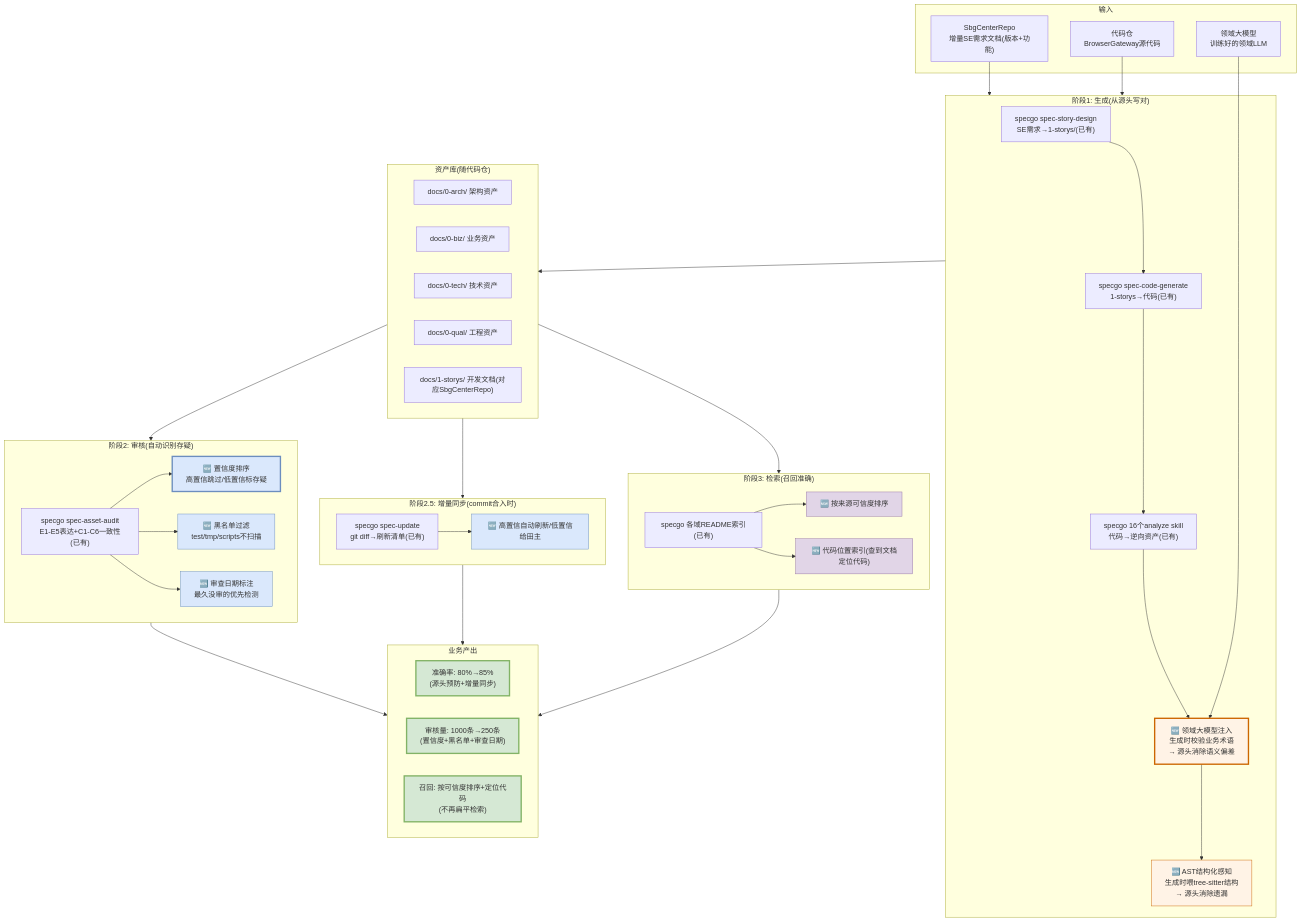
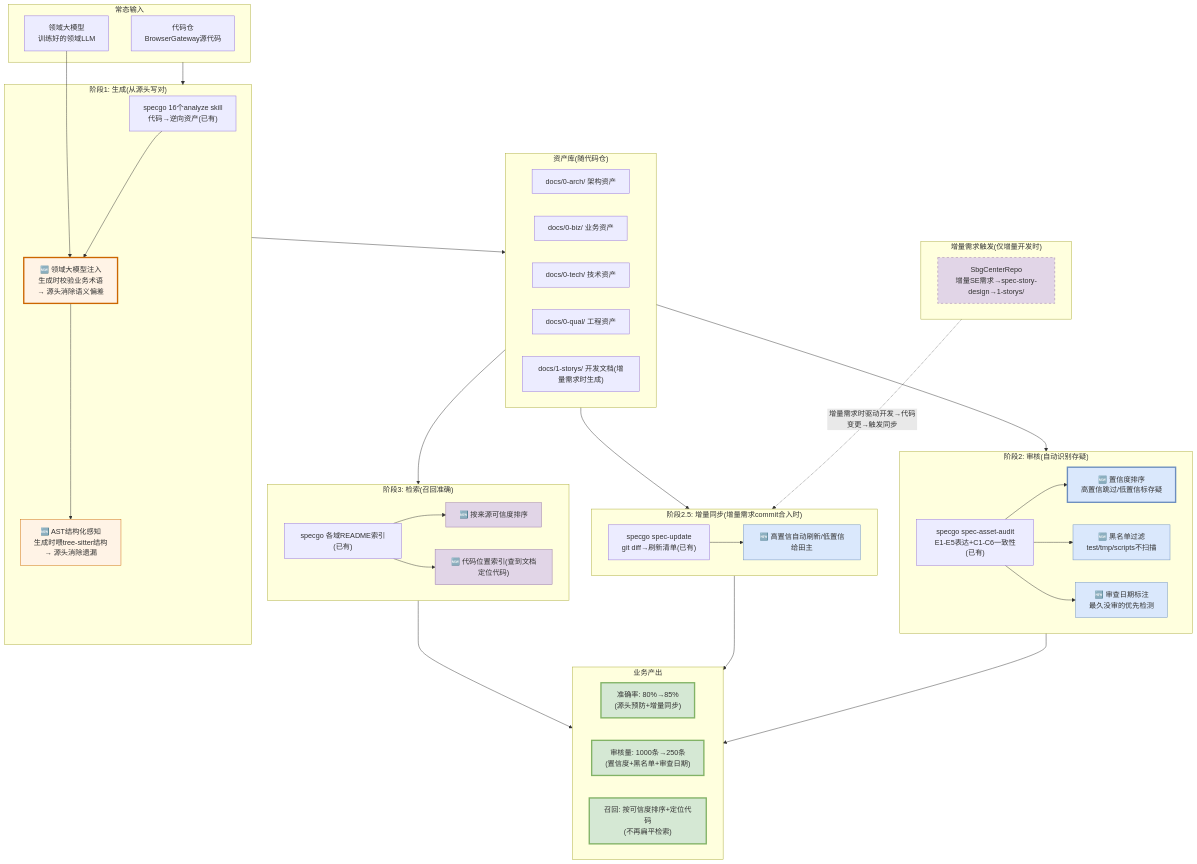
Before and after one commit to hututuxinyu/Memory: the diagram in POC/云核资产治理完整解决方案.md, drawn with Mermaid.

Commit message:
fix: move SbgCenterRepo from constant input to incremental-trigger-only (dashed line), inputs are just code repo + domain LLM

````diff
--- a/POC/云核资产治理完整解决方案.md
+++ b/POC/云核资产治理完整解决方案.md
@@ -11,79 +11,80 @@
 ```mermaid
 flowchart TB
-    subgraph Inputs["输入"]
-        I1["SbgCenterRepo<br/>增量SE需求文档(版本+功能)"]
-        I2["代码仓<br/>BrowserGateway源代码"]
-        I3["领域大模型<br/>训练好的领域LLM"]
+    subgraph Inputs["常态输入"]
+        I1["代码仓<br/>BrowserGateway源代码"]
+        I2["领域大模型<br/>训练好的领域LLM"]
+    end
+
+    subgraph Trigger["增量需求触发(仅增量开发时)"]
+        T1["SbgCenterRepo<br/>增量SE需求→spec-story-design→1-storys/"]
     end
 
     subgraph Gen["阶段1: 生成(从源头写对)"]
-        G0["specgo spec-story-design<br/>SE需求→1-storys/(已有)"]
-        G1["specgo spec-code-generate<br/>1-storys→代码(已有)"]
-        G2["specgo 16个analyze skill<br/>代码→逆向资产(已有)"]
-        G3["🆕 领域大模型注入<br/>生成时校验业务术语<br/>→ 源头消除语义偏差"]
-        G4["🆕 AST结构化感知<br/>生成时喂tree-sitter结构<br/>→ 源头消除遗漏"]
-        G0 --> G1 --> G2 --> G3
-        G3 --> G4
+        G0["specgo 16个analyze skill<br/>代码→逆向资产(已有)"]
+        G1["🆕 领域大模型注入<br/>生成时校验业务术语<br/>→ 源头消除语义偏差"]
+        G2["🆕 AST结构化感知<br/>生成时喂tree-sitter结构<br/>→ 源头消除遗漏"]
+        G0 --> G1 --> G2
     end
 
     subgraph Assets["资产库(随代码仓)"]
         A1["docs/0-arch/ 架构资产"]
         A2["docs/0-biz/ 业务资产"]
         A3["docs/0-tech/ 技术资产"]
         A4["docs/0-qual/ 工程资产"]
-        A5["docs/1-storys/ 开发文档(对应SbgCenterRepo)"]
+        A5["docs/1-storys/ 开发文档(增量需求时生成)"]
     end
 
     subgraph Audit["阶段2: 审核(自动识别存疑)"]
         AU0["specgo spec-asset-audit<br/>E1-E5表达+C1-C6一致性(已有)"]
         AU1["🆕 置信度排序<br/>高置信跳过/低置信标存疑"]
         AU2["🆕 黑名单过滤<br/>test/tmp/scripts不扫描"]
         AU3["🆕 审查日期标注<br/>最久没审的优先检测"]
         AU0 --> AU1
         AU0 --> AU2
         AU0 --> AU3
     end
 
-    subgraph Sync["阶段2.5: 增量同步(commit合入时)"]
+    subgraph Sync["阶段2.5: 增量同步(增量需求commit合入时)"]
         SY0["specgo spec-update<br/>git diff→刷新清单(已有)"]
         SY1["🆕 高置信自动刷新/低置信给田主"]
         SY0 --> SY1
     end
 
     subgraph Retrieve["阶段3: 检索(召回准确)"]
         RE0["specgo 各域README索引(已有)"]
         RE1["🆕 按来源可信度排序"]
         RE2["🆕 代码位置索引(查到文档定位代码)"]
         RE0 --> RE1
         RE0 --> RE2
     end
 
     subgraph Output["业务产出"]
         O1["准确率: 80%→85%<br/>(源头预防+增量同步)"]
         O2["审核量: 1000条→250条<br/>(置信度+黑名单+审查日期)"]
         O3["召回: 按可信度排序+定位代码<br/>(不再扁平检索)"]
     end
 
-    I1 --> Gen
-    I2 --> Gen
-    I3 --> G3
+    Inputs --> Gen
+    I2 --> G1
     Gen --> Assets
+    Trigger -.->|"增量需求时驱动开发→代码变更→触发同步"| Sync
     Assets --> Audit
     Assets --> Sync
     Assets --> Retrieve
     Audit --> Output
     Sync --> Output
     Retrieve --> Output
 
-    style G3 fill:#fff3e6,stroke:#cc6600,stroke-width:3px
-    style G4 fill:#fff3e6,stroke:#cc6600
+    style G1 fill:#fff3e6,stroke:#cc6600,stroke-width:3px
+    style G2 fill:#fff3e6,stroke:#cc6600
     style AU1 fill:#dae8fc,stroke:#6c8ebf,stroke-width:3px
     style AU2 fill:#dae8fc,stroke:#6c8ebf
     style AU3 fill:#dae8fc,stroke:#6c8ebf
     style SY1 fill:#dae8fc,stroke:#6c8ebf
     style RE1 fill:#e1d5e7,stroke:#9673a6
     style RE2 fill:#e1d5e7,stroke:#9673a6
     style O1 fill:#d5e8d4,stroke:#82b366,stroke-width:3px
     style O2 fill:#d5e8d4,stroke:#82b366,stroke-width:3px
     style O3 fill:#d5e8d4,stroke:#82b366,stroke-width:3px
+    style T1 fill:#e1d5e7,stroke:#9673a6,stroke-dasharray:5 5
 ```
````
